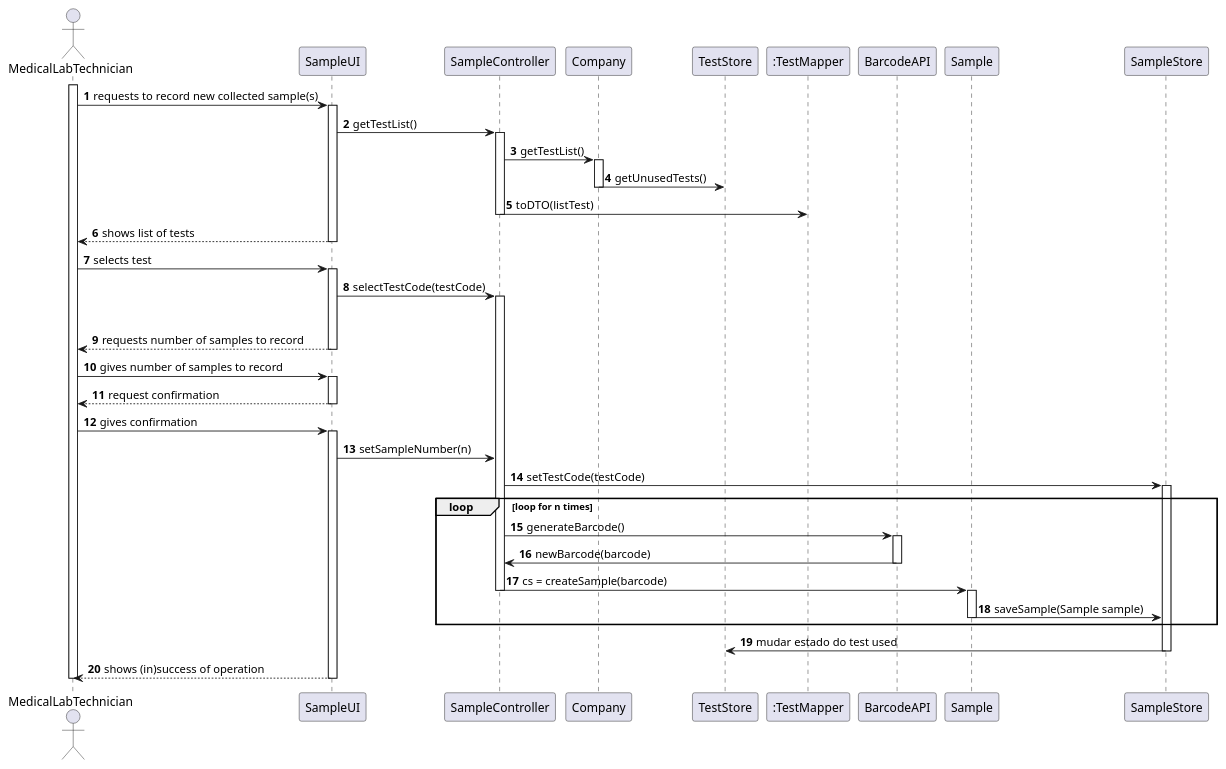
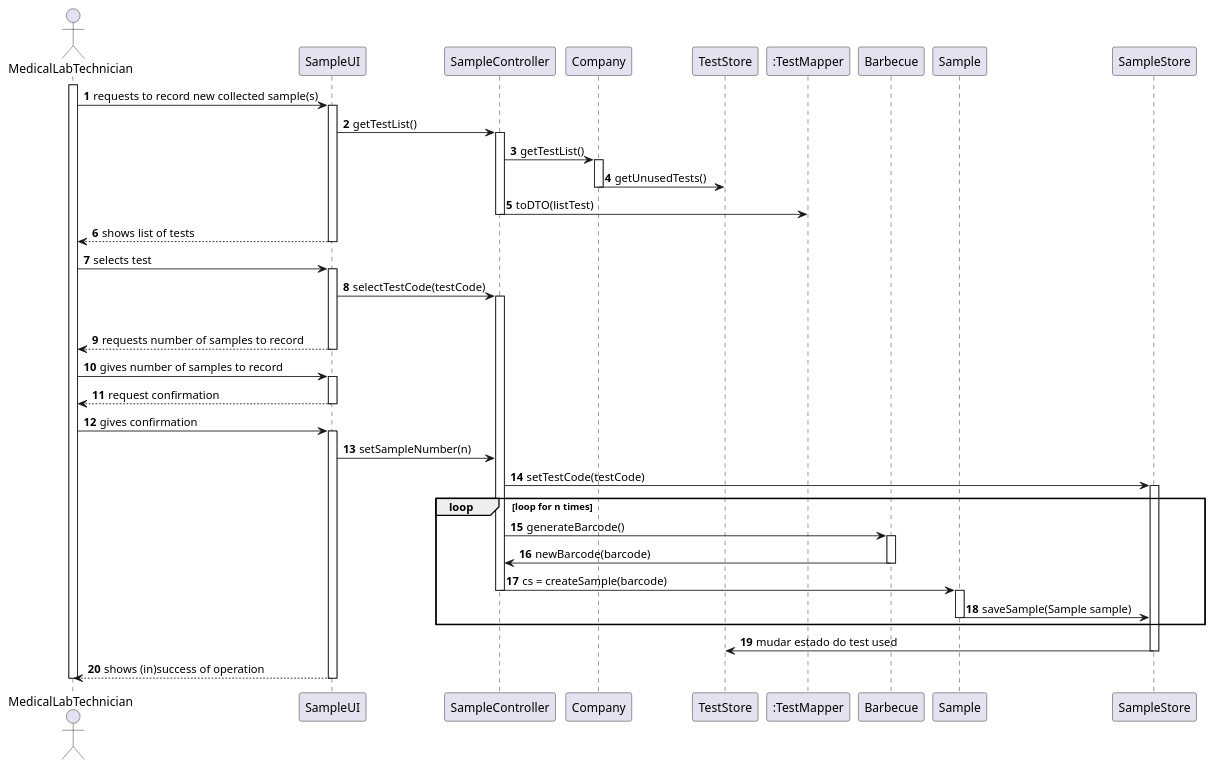
One commit to MadDinosaur/ISEP-LAPR2 changed the diagram in docs/SprintC/US5/US5_SD.puml. Above: the diagram before and after it, drawn with PlantUML. The commit also changed 8 other files, not shown here.

```diff
--- a/docs/SprintC/US5/US5_SD.puml
+++ b/docs/SprintC/US5/US5_SD.puml
@@ -1,63 +1,63 @@
 @startuml
 
 autonumber
 
 actor MedicalLabTechnician as mlt
 participant SampleUI as UI
 participant SampleController as Controller
 participant Company
 participant TestStore
 participant ":TestMapper" as TestMapper
-participant BarcodeAPI as API
+participant Barbecue as API
 participant Sample
 participant SampleStore
 
 activate mlt
 mlt -> UI: requests to record new collected sample(s)
 activate UI
 UI -> Controller: getTestList()
 activate Controller
 Controller -> Company: getTestList()
 activate Company
 Company -> TestStore: getUnusedTests()
 deactivate Company
 Controller -> TestMapper: toDTO(listTest)
 deactivate Controller
 deactivate Company
 UI --> mlt: shows list of tests
 deactivate UI
 mlt -> UI: selects test
 activate UI
 UI -> Controller: selectTestCode(testCode)
 activate Controller
 deactivate Company
 UI --> mlt: requests number of samples to record
 deactivate UI
 mlt -> UI: gives number of samples to record
 activate UI
 UI --> mlt: request confirmation
 deactivate UI
 mlt -> UI: gives confirmation
 activate UI
 
 UI -> Controller: setSampleNumber(n)
 Controller -> SampleStore: setTestCode(testCode)
 activate SampleStore
 loop loop for n times
 Controller -> API: generateBarcode()
 activate API
 API -> Controller: newBarcode(barcode)
 deactivate API
 Controller -> Sample: cs = createSample(barcode)
 deactivate Controller
 activate Sample
 Sample -> SampleStore: saveSample(Sample sample)
 deactivate Sample
 end loop
 SampleStore -> TestStore: mudar estado do test used
 deactivate SampleStore
 UI --> mlt: shows (in)success of operation
 deactivate UI
 deactivate mlt
 
 @enduml
```
